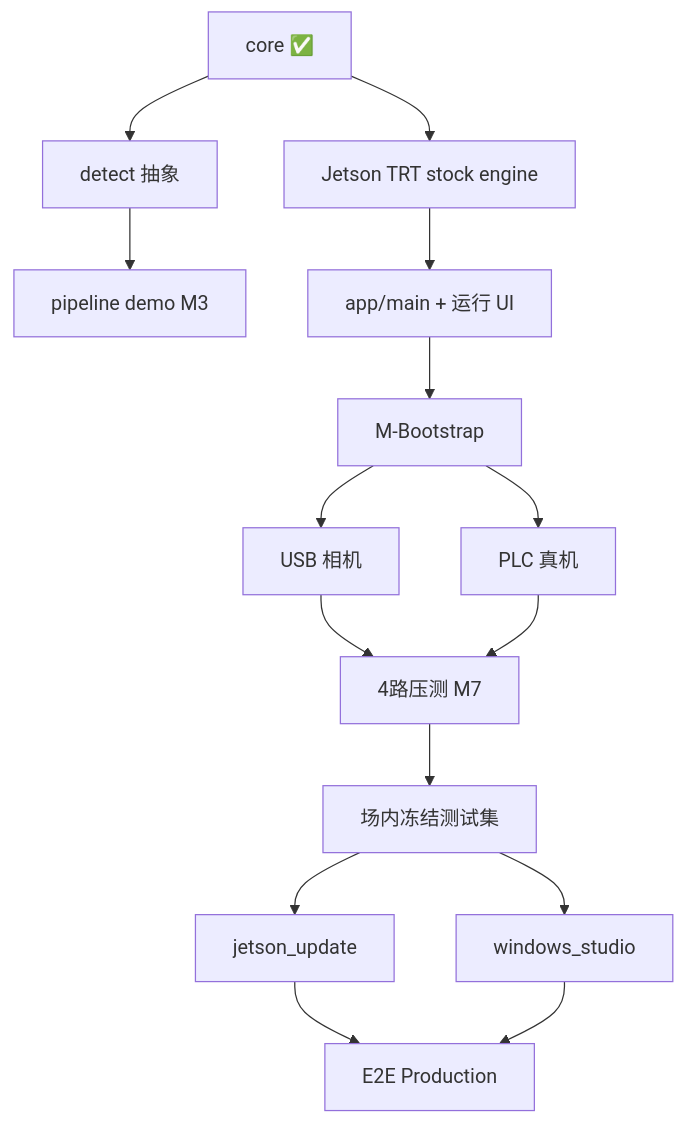
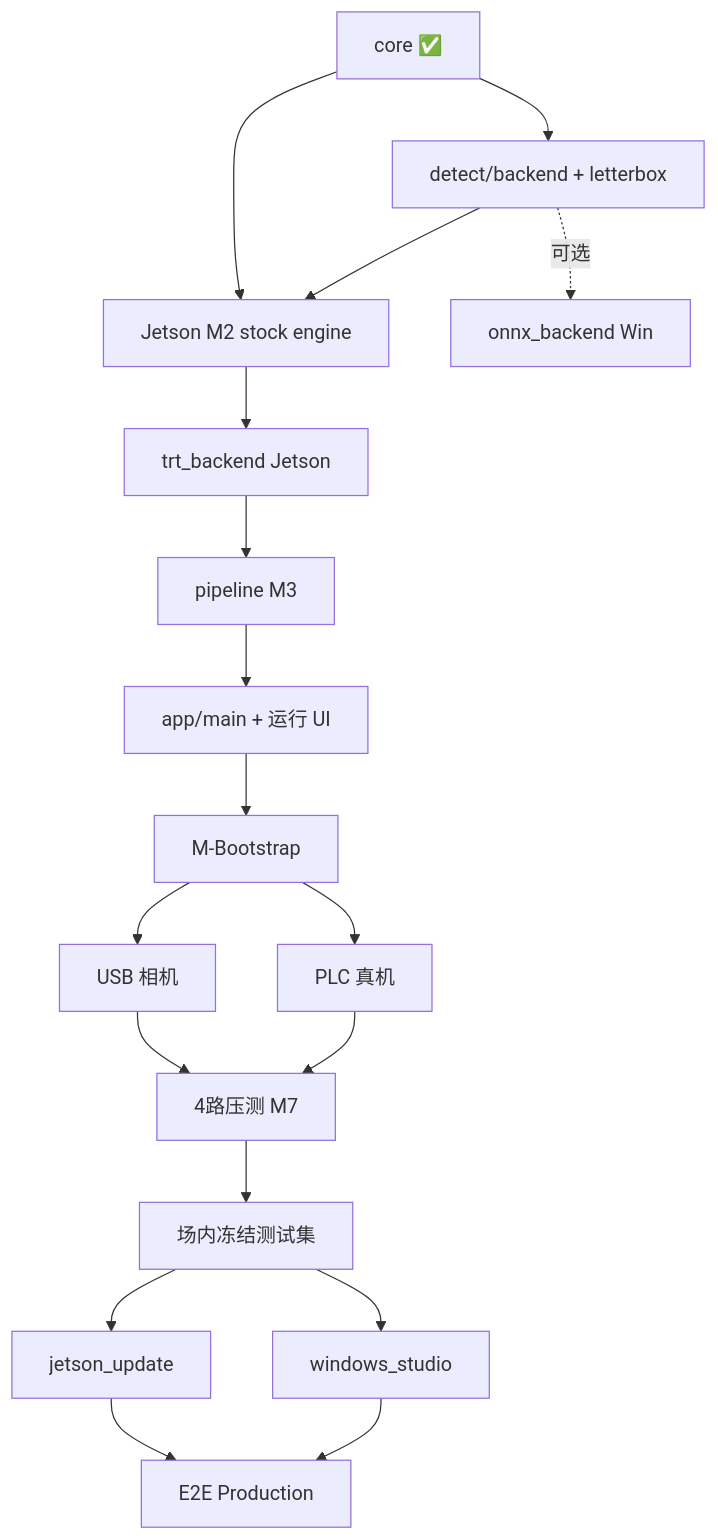
One commit to SamhandsomeLee/SafetyZone changed the diagram in docs/安全区入侵检测系统_执行方案.md. Above: the diagram before and after it, drawn with Mermaid. The commit also changed other lines of this file and 4 other files, not shown here.

````diff
--- a/docs/安全区入侵检测系统_执行方案.md
+++ b/docs/安全区入侵检测系统_执行方案.md
@@ -291,17 +305,20 @@
 ```mermaid
 flowchart TD
-    C1[core ✅] --> C2[detect 抽象]
-    C2 --> C3[pipeline demo M3]
-    C1 --> B1[Jetson TRT stock engine]
-    B1 --> B2[app/main + 运行 UI]
+    C1[core ✅] --> B0[Jetson M2 stock engine]
+    C1 --> C2[detect/backend + letterbox]
+    C2 --> B0
+    B0 --> TRT[trt_backend Jetson]
+    TRT --> C3[pipeline M3]
+    C3 --> B2[app/main + 运行 UI]
     B2 --> MB[M-Bootstrap]
     MB --> J2[USB 相机]
     MB --> J3[PLC 真机]
     J2 --> J6[4路压测 M7]
     J3 --> J6
     J6 --> T0[场内冻结测试集]
     T0 --> T1[jetson_update]
     T0 --> T2[windows_studio]
     T1 --> E2E[E2E Production]
     T2 --> E2E
+    C2 -.可选.-> ONNX[onnx_backend Win]
 ```
````
